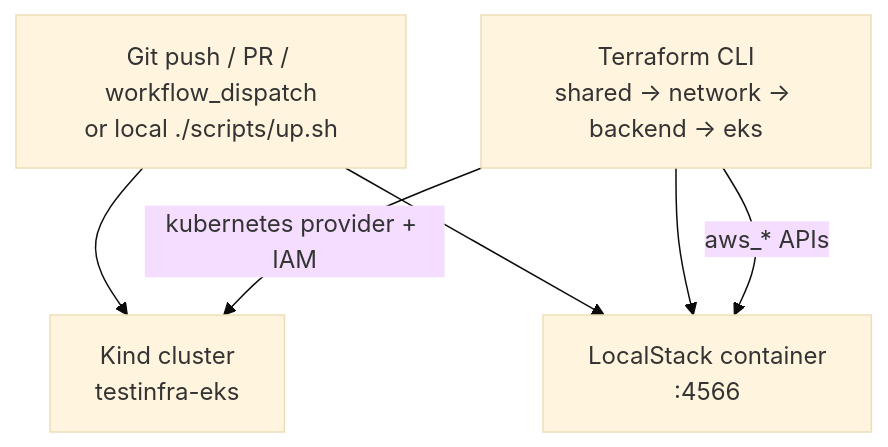
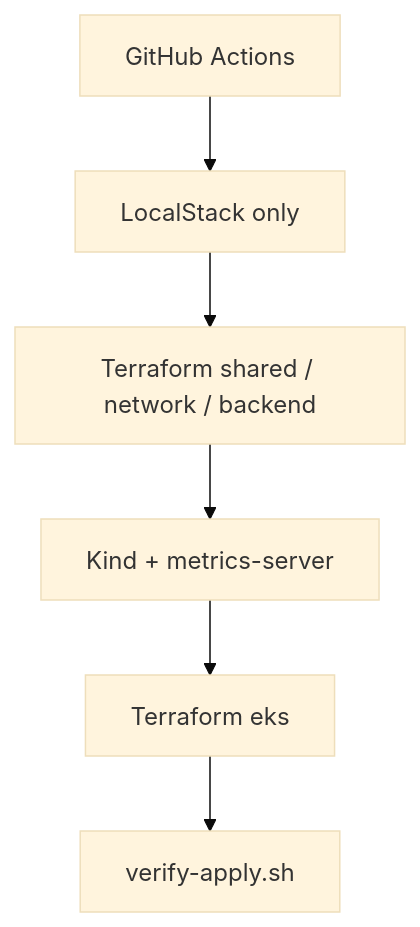
The first of 4 diagrams in docs/ARCHITECTURE.md (akmalsyrf/test-localstack-infra), drawn with Mermaid (base theme) before and after one commit. The commit also changed other lines of this file and 10 other files, not shown here.

````diff
--- a/docs/ARCHITECTURE.md
+++ b/docs/ARCHITECTURE.md
@@ -5,8 +25,8 @@
 ```mermaid
 flowchart TD
-  A[Git push / PR / workflow_dispatch<br/>or local ./scripts/up.sh] --> B[Kind cluster<br/>testinfra-eks]
-  A --> C[LocalStack container<br/>:4566]
-  E[Terraform CLI<br/>shared → network → backend → eks] --> C
-  E -->|kubernetes provider + IAM| B
-  E -->|aws_* APIs| C
+  A[GitHub Actions] --> L[LocalStack only]
+  L --> S[Terraform shared / network / backend]
+  S --> K[Kind + metrics-server]
+  K --> E[Terraform eks]
+  E --> V[verify-apply.sh]
 ```
````
